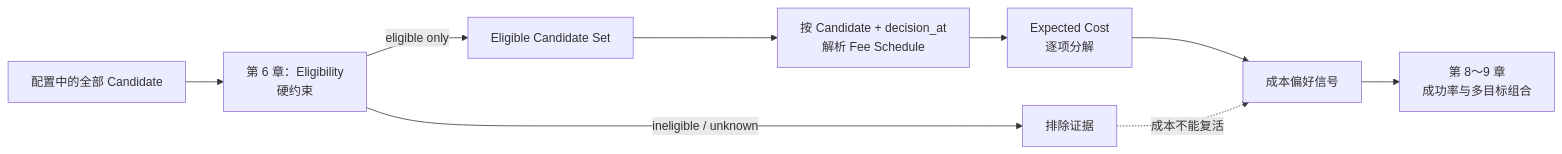
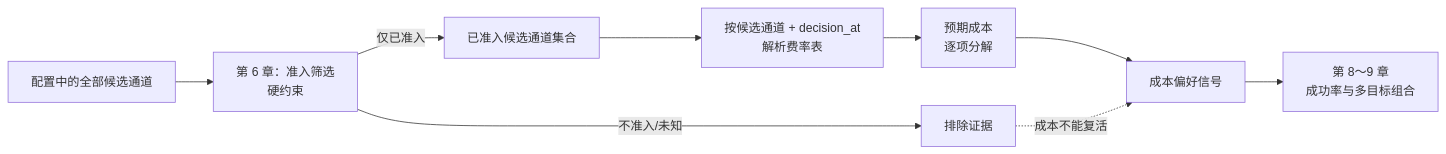
Before and after one commit to YouEclipse/Designing-Modern-Payment-Systems: the first of 3 diagrams in part-2-routing-engine/cost-aware-routing.md, drawn with Mermaid. The commit also changed other lines of this file and 59 other files, not shown here.

````diff
--- a/part-2-routing-engine/cost-aware-routing.md
+++ b/part-2-routing-engine/cost-aware-routing.md
@@ -34,11 +34,11 @@
 ```mermaid
 flowchart LR
-    All["配置中的全部 Candidate"] --> Eligibility["第 6 章：Eligibility<br/>硬约束"]
-    Eligibility -->|"eligible only"| Eligible["Eligible Candidate Set"]
-    Eligibility -->|"ineligible / unknown"| Excluded["排除证据"]
-    Eligible --> Resolve["按 Candidate + decision_at<br/>解析 Fee Schedule"]
-    Resolve --> Estimate["Expected Cost<br/>逐项分解"]
+    All["配置中的全部候选通道"] --> Eligibility["第 6 章：准入筛选<br/>硬约束"]
+    Eligibility -->|"仅已准入"| Eligible["已准入候选通道集合"]
+    Eligibility -->|"不准入/未知"| Excluded["排除证据"]
+    Eligible --> Resolve["按候选通道 + decision_at<br/>解析费率表"]
+    Resolve --> Estimate["预期成本<br/>逐项分解"]
     Estimate --> Order["成本偏好信号"]
     Order --> Later["第 8～9 章<br/>成功率与多目标组合"]
     Excluded -.->|"成本不能复活"| Order
 ```
````
